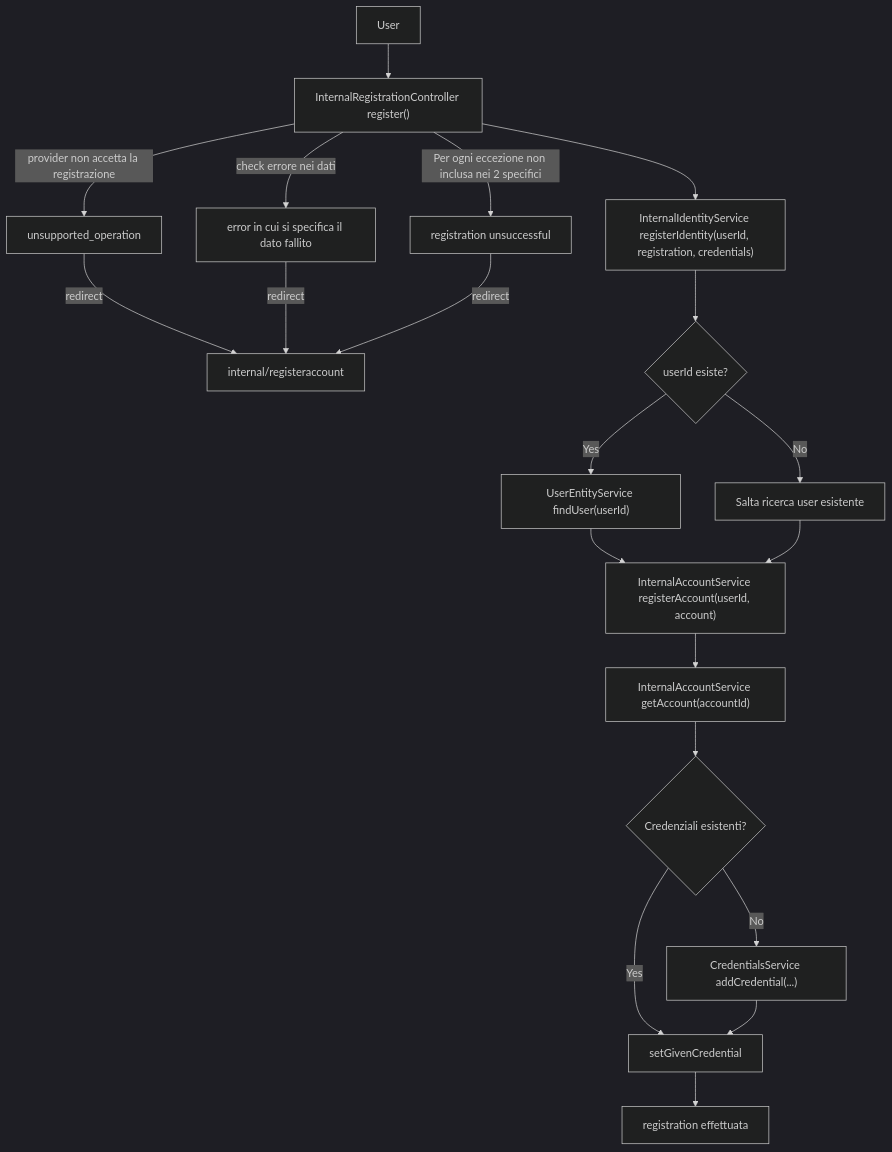
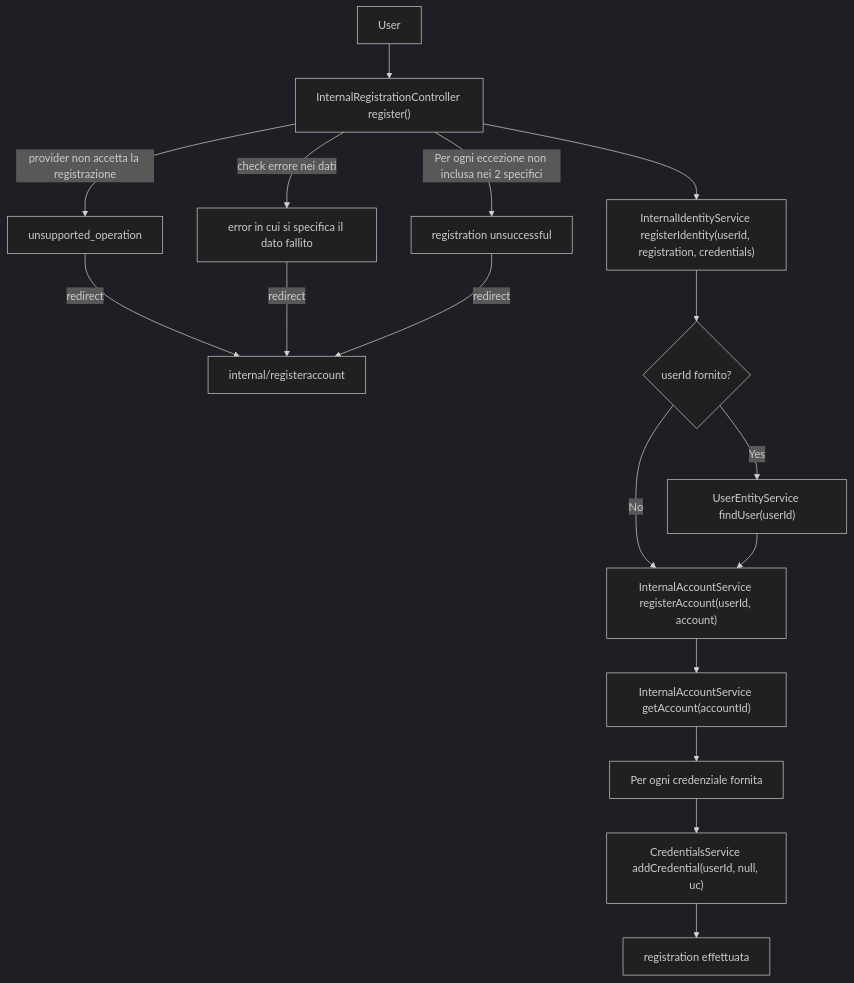
The diagram in docs/06-Diagrams/internal-diagrams/internal-registration-flowchart.md (RickdoMasco/AAC), drawn with Mermaid (dark theme) before and after one commit. The commit also changed other lines of this file and 11 other files, not shown here.

````diff
--- a/docs/06-Diagrams/internal-diagrams/internal-registration-flowchart.md
+++ b/docs/06-Diagrams/internal-diagrams/internal-registration-flowchart.md
@@ -9,32 +9,28 @@
 ```mermaid
 flowchart TD
     User[User] --> IRC["InternalRegistrationController register()"]
 
     IRC -- provider non accetta la registrazione --> FRR["unsupported_operation"]
     FRR -- redirect --> Redirect["internal/registeraccount"]
     
     IRC -- check errore nei dati --> FRD["error in cui si specifica il dato fallito"]
     FRD -- redirect --> Redirect
     
     IRC -- Per ogni eccezione non inclusa nei 2 specifici --> FR["registration unsuccessful"]
     FR -- redirect --> Redirect
   
     IRC --> IIS["InternalIdentityService registerIdentity(userId, registration, credentials)"]
 
-    IIS --> FUser{userId esiste?}
+    IIS --> FUser{userId fornito?}
     FUser -- Yes --> FindUser["UserEntityService findUser(userId)"]
-    FUser -- No --> NoUser["Salta ricerca user esistente"]
+    FUser -- No --> RegAcc["InternalAccountService registerAccount(userId, account)"]
 
-    FindUser --> RegAcc["InternalAccountService registerAccount(userId, account)"]
-    NoUser --> RegAcc
+    FindUser --> RegAcc
 
     RegAcc --> GetAcc["InternalAccountService getAccount(accountId)"]
-    GetAcc --> CredExists{Credenziali esistenti?}
+    GetAcc --> LoopCred["Per ogni credenziale fornita"]
     
-    CredExists -- No --> AddCred["CredentialsService addCredential(...)"]
-    CredExists -- Yes --> SetCred["setGivenCredential"]
-    
-    AddCred --> SetCred
-    SetCred --> SR["registration effettuata"]
+    LoopCred --> AddCred["CredentialsService addCredential(userId, null, uc)"]
+    AddCred --> SR["registration effettuata"]
 
 ```
````
